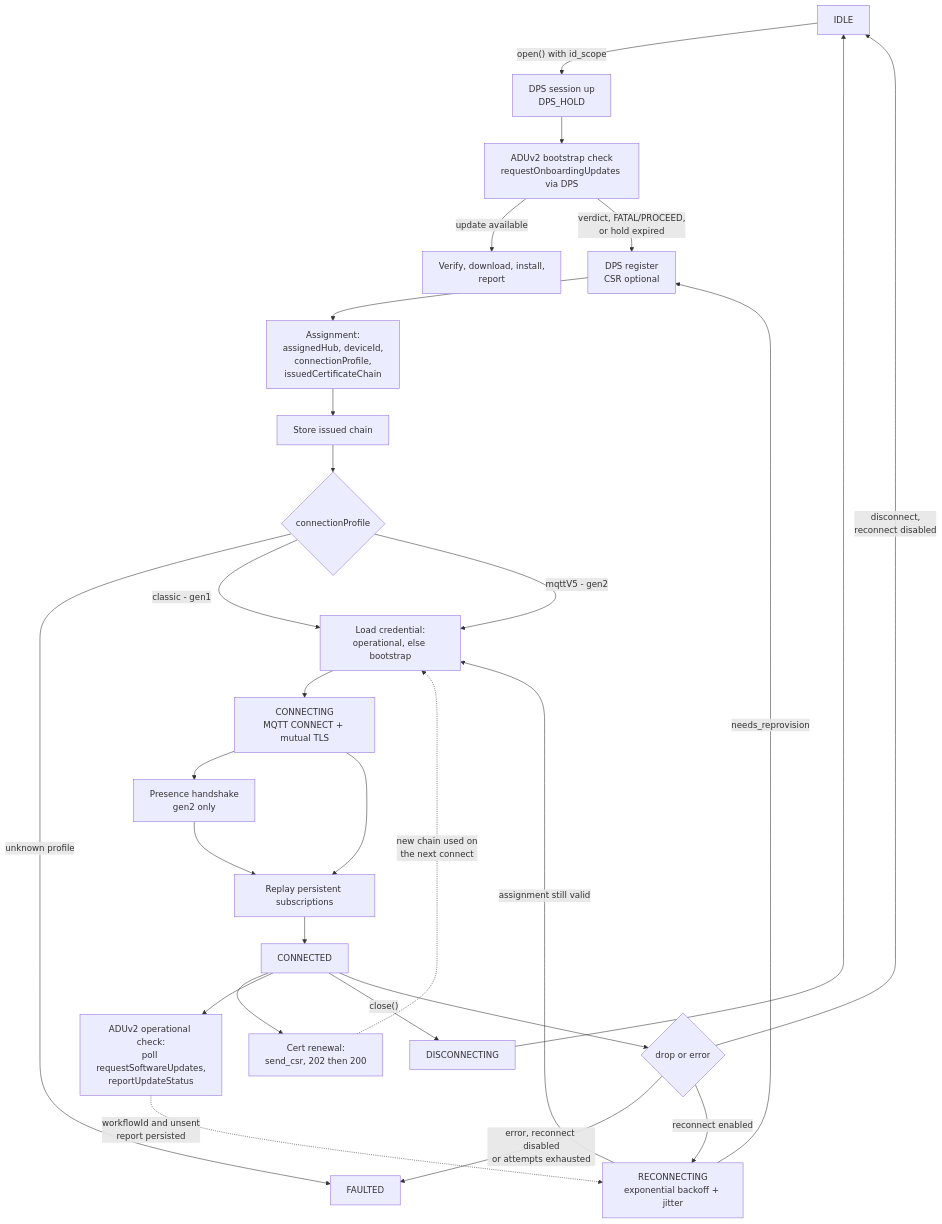
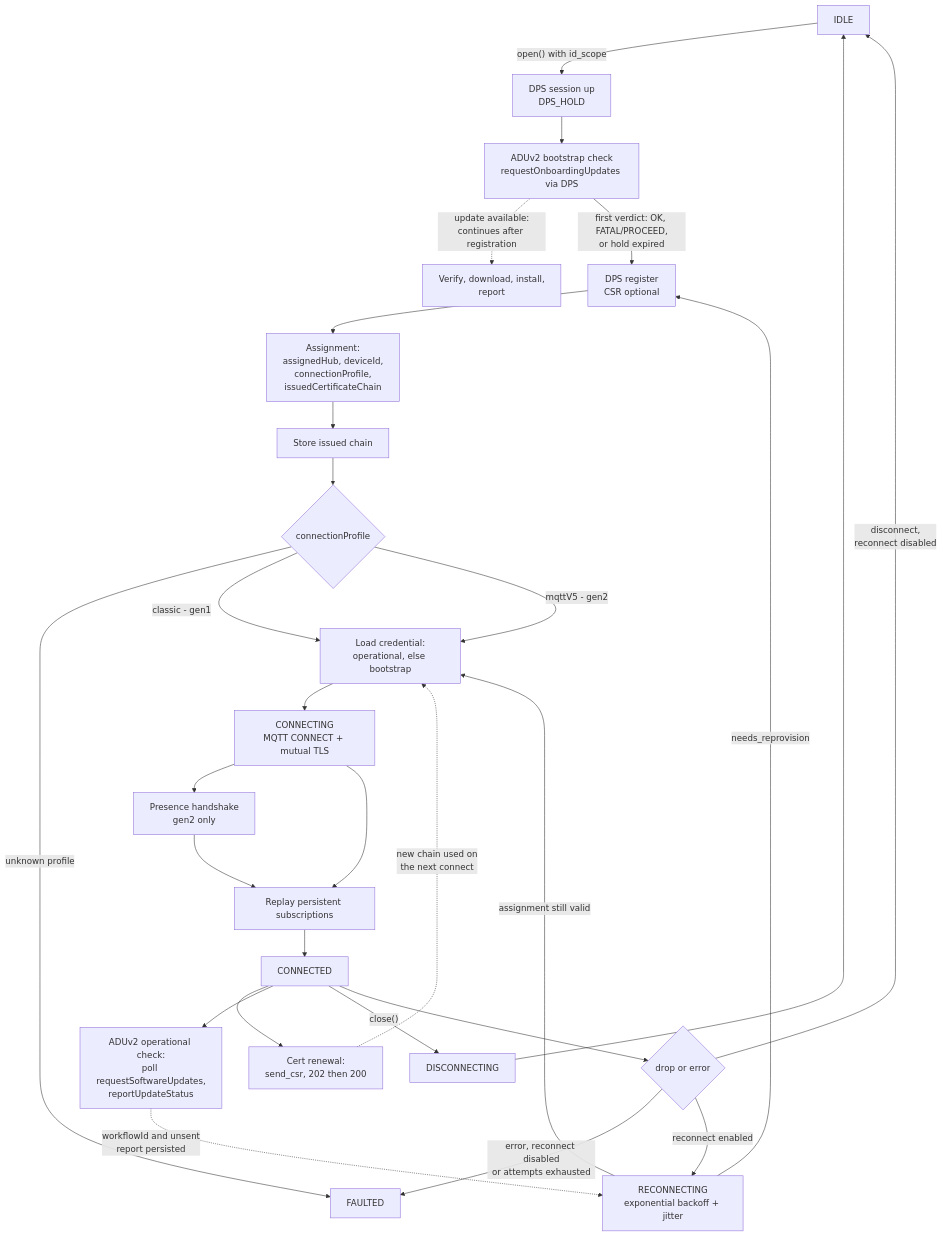
The ninth of 9 diagrams in c/docs/eng/connection-c.md (Azure/azure-iot-sdk), drawn with Mermaid before and after one commit. The commit also changed other lines of this file, not shown here.

Commit message:
docs: ADU verdict routing, connectionProfile absence, keep-alive result

````diff
--- a/c/docs/eng/connection-c.md
+++ b/c/docs/eng/connection-c.md
@@ -716,34 +716,34 @@
 ```mermaid
 flowchart TB
     IDLE["IDLE"] -->|"open() with id_scope"| DSESS["DPS session up<br/>DPS_HOLD"]
     DSESS --> BCHK["ADUv2 bootstrap check<br/>requestOnboardingUpdates via DPS"]
-    BCHK -->|"update available"| BINST["Verify, download, install,<br/>report"]
-    BCHK -->|"verdict, FATAL/PROCEED,<br/>or hold expired"| REG["DPS register<br/>CSR optional"]
+    BCHK -.->|"update available:<br/>continues after registration"| BINST["Verify, download, install,<br/>report"]
+    BCHK -->|"first verdict: OK, FATAL/PROCEED,<br/>or hold expired"| REG["DPS register<br/>CSR optional"]
 
     REG --> ASSIGN["Assignment:<br/>assignedHub, deviceId,<br/>connectionProfile,<br/>issuedCertificateChain"]
     ASSIGN --> STORE1["Store issued chain"]
     STORE1 --> PROFILE{"connectionProfile"}
 
     PROFILE -->|"unknown profile"| FAULTED
     PROFILE -->|"classic - gen1"| CRED
     PROFILE -->|"mqttV5 - gen2"| CRED["Load credential:<br/>operational, else bootstrap"]
 
     CRED --> CONNECTING["CONNECTING<br/>MQTT CONNECT + mutual TLS"]
     CONNECTING --> BIRTH["Presence handshake<br/>gen2 only"]
     BIRTH --> SUBS["Replay persistent subscriptions"]
     CONNECTING --> SUBS
     SUBS --> CONNECTED["CONNECTED"]
 
     CONNECTED --> CRENEW["Cert renewal:<br/>send_csr, 202 then 200"]
     CRENEW -.->|"new chain used on<br/>the next connect"| CRED
     CONNECTED --> ARENEW["ADUv2 operational check:<br/>poll requestSoftwareUpdates,<br/>reportUpdateStatus"]
 
     CONNECTED -->|"close()"| DISC["DISCONNECTING"] --> IDLE
     CONNECTED --> DROP{"drop or error"}
     DROP -->|"error, reconnect disabled<br/>or attempts exhausted"| FAULTED["FAULTED"]
     DROP -->|"disconnect,<br/>reconnect disabled"| IDLE
     DROP -->|"reconnect enabled"| RECON["RECONNECTING<br/>exponential backoff + jitter"]
     RECON -->|"needs_reprovision"| REG
     RECON -->|"assignment still valid"| CRED
     ARENEW -.->|"workflowId and unsent<br/>report persisted"| RECON
 ```
````
